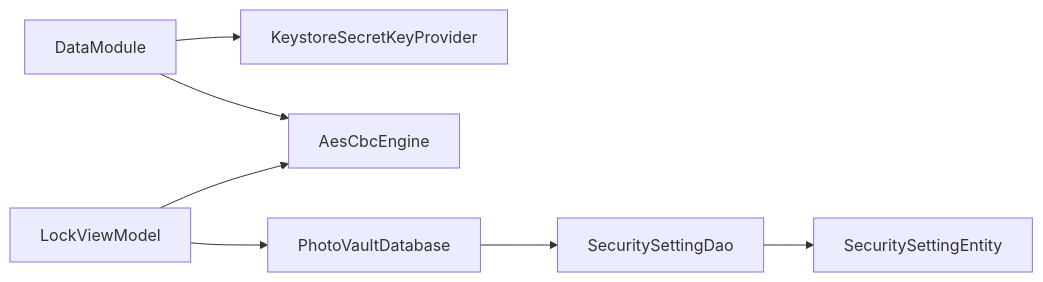
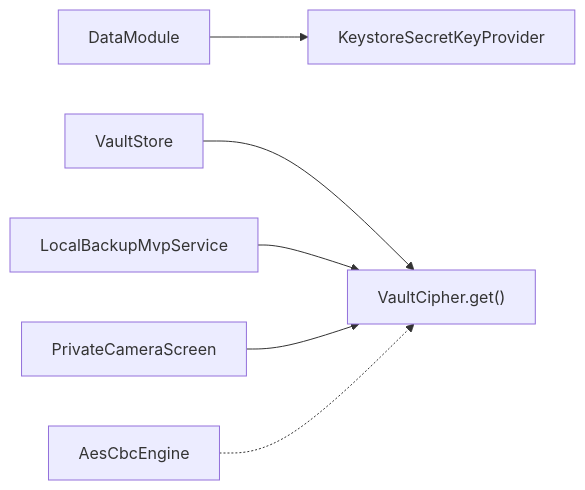
One commit to wanhongbo/ai-photo-vault changed the fifth of 5 diagrams in .qoder/repowiki/zh/content/核心功能模块/加密存储系统/AES-CBC加密引擎.md. Above: the diagram before and after it, drawn with Mermaid. The commit also changed other lines of this file and 22 other files, not shown here.

````diff
--- a/.qoder/repowiki/zh/content/核心功能模块/加密存储系统/AES-CBC加密引擎.md
+++ b/.qoder/repowiki/zh/content/核心功能模块/加密存储系统/AES-CBC加密引擎.md
@@ -273,9 +238,8 @@
 ```mermaid
 graph LR
 DM["DataModule"] --> KSP["KeystoreSecretKeyProvider"]
-DM --> ENG["AesCbcEngine"]
-VM["LockViewModel"] --> ENG
-VM --> DB["PhotoVaultDatabase"]
-DB --> DAO["SecuritySettingDao"]
-DAO --> SE["SecuritySettingEntity"]
+VS["VaultStore"] --> VC["VaultCipher.get()"]
+LB["LocalBackupMvpService"] --> VC
+PCS["PrivateCameraScreen"] --> VC
+AE["AesCbcEngine"] -.-> VC
 ```
````
